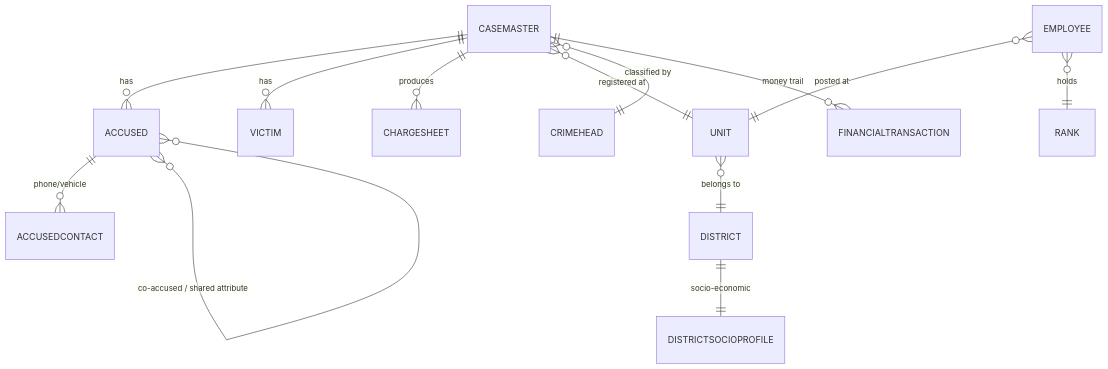
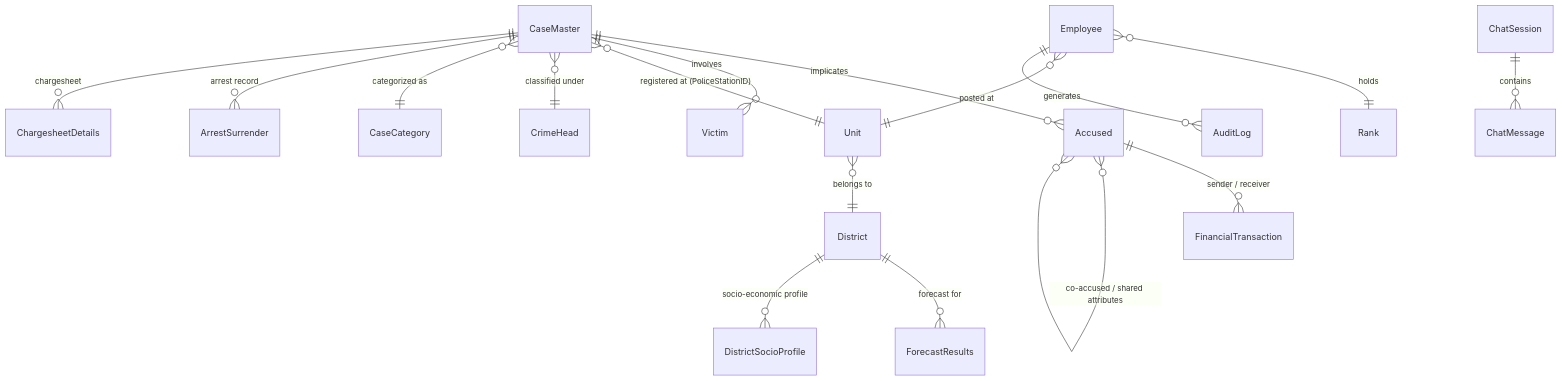
One commit to BCSAKETH/VAJRA changed diagram 14 of 16 in README.md. Above: the diagram before and after it, drawn with Mermaid. The commit also changed other lines of this file and 28 other files, not shown here.

````diff
--- a/README.md
+++ b/README.md
@@ -183,15 +533,19 @@
 ```mermaid
 erDiagram
-    CASEMASTER ||--o{ ACCUSED : "has"
-    CASEMASTER ||--o{ VICTIM : "has"
-    CASEMASTER ||--o{ CHARGESHEET : "produces"
-    CASEMASTER }o--|| UNIT : "registered at"
-    UNIT }o--|| DISTRICT : "belongs to"
-    CASEMASTER }o--|| CRIMEHEAD : "classified by"
-    ACCUSED ||--o{ ACCUSEDCONTACT : "phone/vehicle"
-    ACCUSED }o--o{ ACCUSED : "co-accused / shared attribute"
-    EMPLOYEE }o--|| UNIT : "posted at"
-    EMPLOYEE }o--|| RANK : "holds"
-    DISTRICT ||--|| DISTRICTSOCIOPROFILE : "socio-economic"
-    CASEMASTER ||--o{ FINANCIALTRANSACTION : "money trail"
+    CaseMaster ||--o{ Accused : "implicates"
+    CaseMaster ||--o{ Victim : "involves"
+    CaseMaster }o--|| Unit : "registered at (PoliceStationID)"
+    CaseMaster }o--|| CrimeHead : "classified under"
+    CaseMaster }o--|| CaseCategory : "categorized as"
+    Unit }o--|| District : "belongs to"
+    Accused ||--o{ FinancialTransaction : "sender / receiver"
+    Accused }o--o{ Accused : "co-accused / shared attributes"
+    CaseMaster ||--o{ ArrestSurrender : "arrest record"
+    CaseMaster ||--o{ ChargesheetDetails : "chargesheet"
+    Employee }o--|| Rank : "holds"
+    Employee }o--|| Unit : "posted at"
+    ChatSession ||--o{ ChatMessage : "contains"
+    Employee ||--o{ AuditLog : "generates"
+    District ||--o{ ForecastResults : "forecast for"
+    District ||--o{ DistrictSocioProfile : "socio-economic profile"
 ```
````
